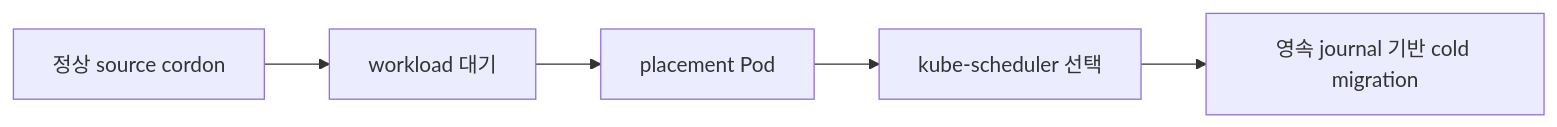
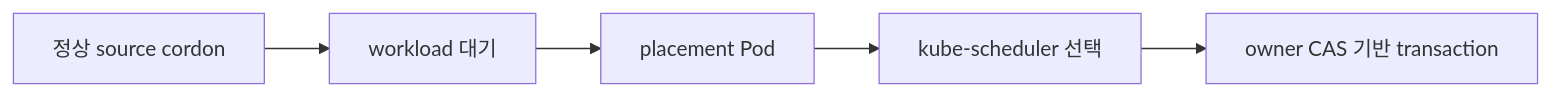
One commit to cagojeiger/ShiftPV changed the diagram in docs/adr/0007-automatic-cordon-volume-mobility.md. Above: the diagram before and after it, drawn with Mermaid. The commit also changed other lines of this file and 121 other files, not shown here.

````diff
--- a/docs/adr/0007-automatic-cordon-volume-mobility.md
+++ b/docs/adr/0007-automatic-cordon-volume-mobility.md
@@ -16,7 +17,7 @@
 ```mermaid
 flowchart LR
     C[정상 source cordon] --> G[workload 대기]
     G --> P[placement Pod]
     P --> S[kube-scheduler 선택]
-    S --> M[영속 journal 기반 cold migration]
+    S --> T[owner CAS 기반 transaction]
 ```
````
